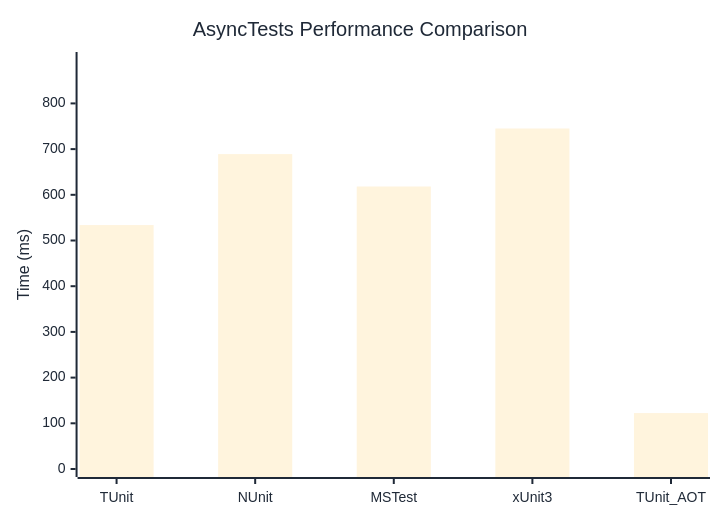
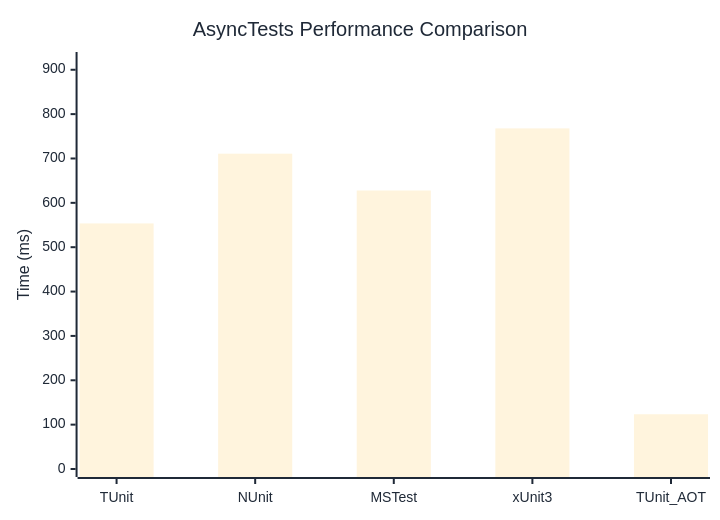
The diagram in docs/docs/benchmarks/AsyncTests.md (thomhurst/TUnit), drawn with Mermaid before and after one commit. The commit also changed other lines of this file and 17 other files, not shown here.

````diff
--- a/docs/docs/benchmarks/AsyncTests.md
+++ b/docs/docs/benchmarks/AsyncTests.md
@@ -27,37 +27,37 @@
 ```mermaid
 %%{init: {
   'theme':'base',
   'themeVariables': {
     'primaryColor': '#2563eb',
     'primaryTextColor': '#1f2937',
     'primaryBorderColor': '#1e40af',
     'lineColor': '#6b7280',
     'secondaryColor': '#7c3aed',
     'tertiaryColor': '#dc2626',
     'background': '#ffffff',
     'mainBkg': '#2563eb',
     'secondBkg': '#7c3aed',
     'tertiaryBkg': '#dc2626',
     'clusterBkg': '#f3f4f6',
     'edgeLabelBackground': '#ffffff',
     'tertiaryTextColor': '#1f2937',
     'pie1': '#2563eb',
     'pie2': '#7c3aed',
     'pie3': '#dc2626',
     'pie4': '#f59e0b',
     'pie5': '#10b981',
     'pie6': '#06b6d4',
     'pie7': '#ec4899',
     'pie8': '#6366f1',
     'pie9': '#84cc16',
     'pie10': '#f97316',
     'pie11': '#14b8a6',
     'pie12': '#a855f7'
   }
 }}%%
 xychart-beta
   title "AsyncTests Performance Comparison"
   x-axis ["TUnit", "NUnit", "MSTest", "xUnit3", "TUnit_AOT"]
-  y-axis "Time (ms)" 0 --> 895
-  bar [533.8, 689.1, 618.2, 745.1, 122.4]
+  y-axis "Time (ms)" 0 --> 922
+  bar [553.6, 710.8, 627.8, 767.8, 123.4]
 ```
````
